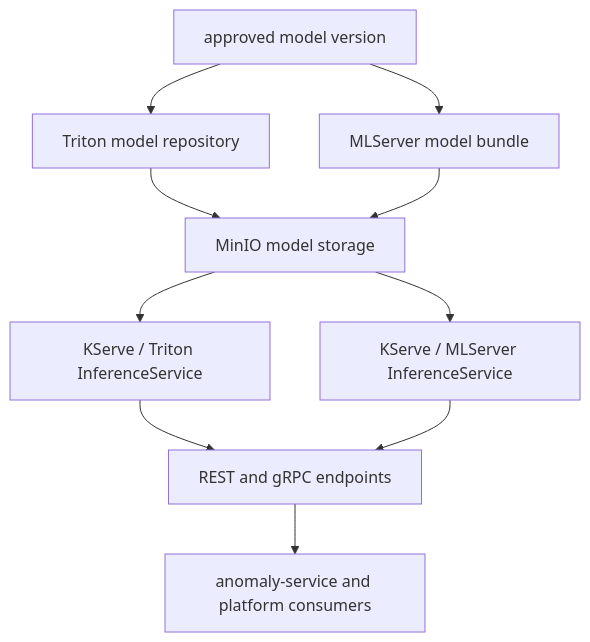
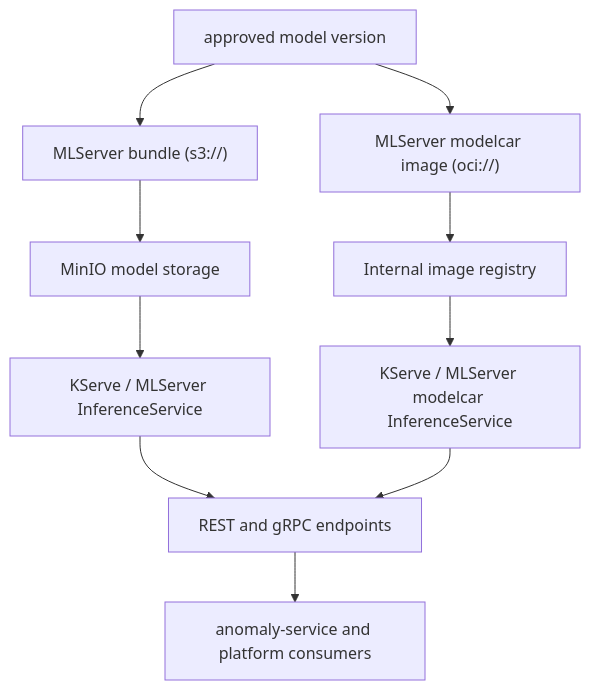
Before and after one commit to rh-telco-tigers/Autonomous-Network-Intelligence-Anomaly-Detection-with-Red-Hat-OpenShift-AI: the diagram in docs/architecture/phase-05-overview-model-serving.md, drawn with Mermaid. The commit also changed other lines of this file and 23 other files, not shown here.

Commit message:
modelcar for predictive model

````diff
--- a/docs/architecture/phase-05-overview-model-serving.md
+++ b/docs/architecture/phase-05-overview-model-serving.md
@@ -21,12 +21,12 @@
 ```mermaid
 flowchart TD
-  Registry["approved model version"] --> TritonRepo["Triton model repository"]
-  Registry --> MLRepo["MLServer model bundle"]
-  TritonRepo --> MinIO["MinIO model storage"]
-  MLRepo --> MinIO
-  MinIO --> TritonServe["KServe / Triton InferenceService"]
-  MinIO --> MLServe["KServe / MLServer InferenceService"]
-  TritonServe --> API["REST and gRPC endpoints"]
-  MLServe --> API
+  Registry["approved model version"] --> S3Bundle["MLServer bundle (s3://)"]
+  Registry --> ModelcarImage["MLServer modelcar image (oci://)"]
+  S3Bundle --> MinIO["MinIO model storage"]
+  ModelcarImage --> RegistryImage["Internal image registry"]
+  MinIO --> MlServe["KServe / MLServer InferenceService"]
+  RegistryImage --> ModelcarServe["KServe / MLServer modelcar InferenceService"]
+  MlServe --> API["REST and gRPC endpoints"]
+  ModelcarServe --> API
   API --> Consumers["anomaly-service and platform consumers"]
 ```
````
